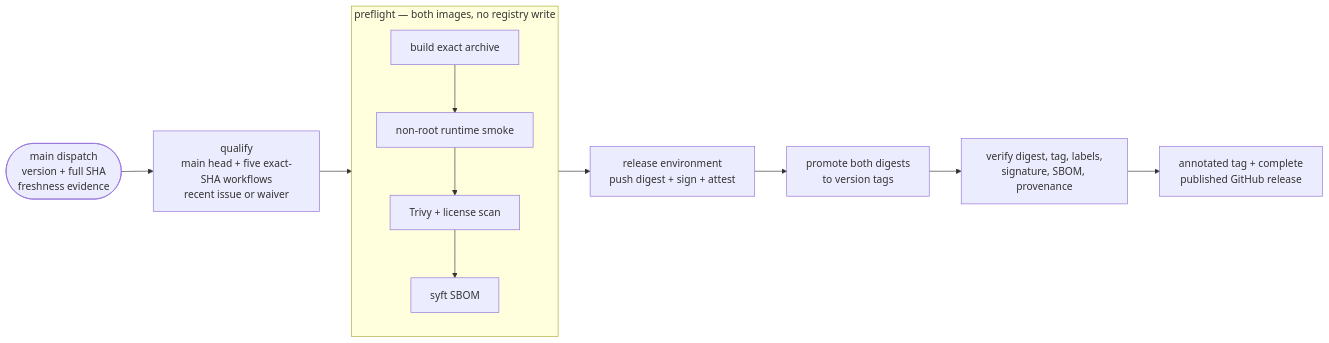
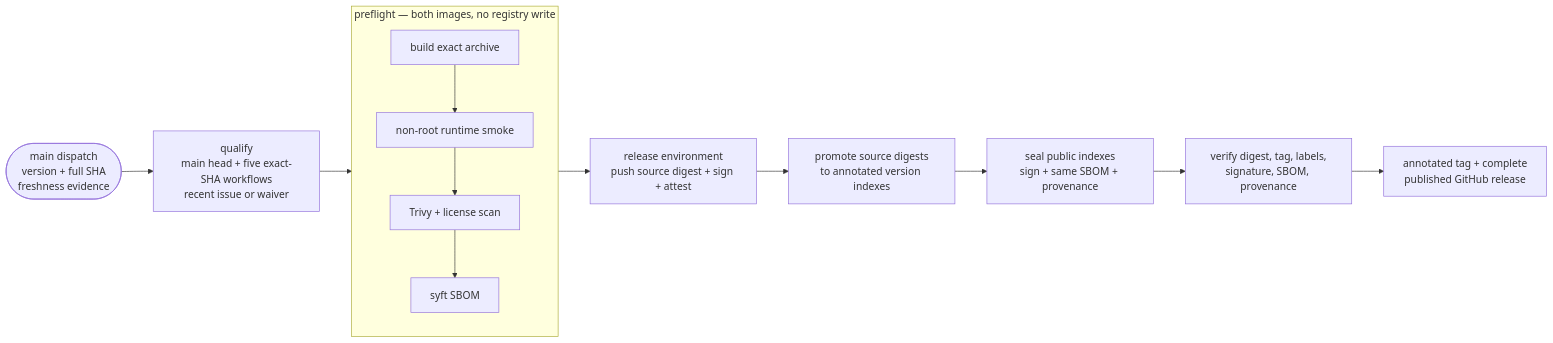
One commit to LuiGGi629/agentops-open-course changed the diagram in docs/8. Community/8.2. Releases.md. Above: the diagram before and after it, drawn with Mermaid. The commit also changed other lines of this file and 6 other files, not shown here.

````diff
--- a/docs/8. Community/8.2. Releases.md
+++ b/docs/8. Community/8.2. Releases.md
@@ -122,13 +123,14 @@
 ```mermaid
 flowchart LR
     Dispatch(["main dispatch<br/>version + full SHA<br/>freshness evidence"]) --> Qualify["qualify<br/>main head + five exact-SHA workflows<br/>recent issue or waiver"]
     Qualify --> Preflight
     subgraph Preflight["preflight — both images, no registry write"]
         direction TB
         B["build exact archive"] --> Smoke["non-root runtime smoke"] --> Scan["Trivy + license scan"] --> SBOM["syft SBOM"]
     end
-    Preflight --> Publish["release environment<br/>push digest + sign + attest"]
-    Publish --> Promote["promote both digests<br/>to version tags"]
-    Promote --> Verify["verify digest, tag, labels,<br/>signature, SBOM, provenance"]
+    Preflight --> Publish["release environment<br/>push source digest + sign + attest"]
+    Publish --> Promote["promote source digests<br/>to annotated version indexes"]
+    Promote --> Seal["seal public indexes<br/>sign + same SBOM + provenance"]
+    Seal --> Verify["verify digest, tag, labels,<br/>signature, SBOM, provenance"]
     Verify --> Release["annotated tag + complete<br/>published GitHub release"]
 ```
````
